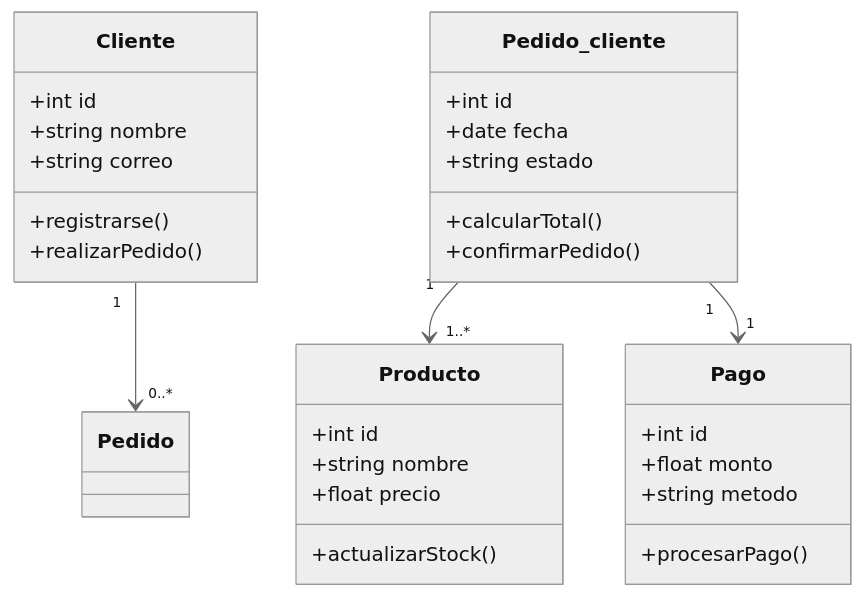
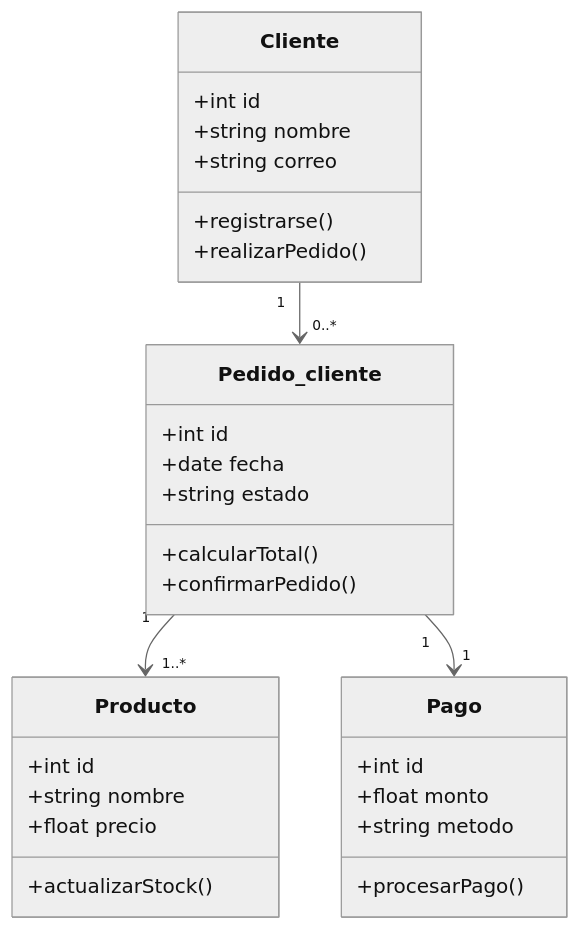
Before and after one commit to CrlsDuty/mermaid-demostracion: the diagram in README.md, drawn with Mermaid (neutral theme).

Commit message:
correccion de diagrama de clases pedido cliente

````diff
--- a/README.md
+++ b/README.md
@@ -3,36 +3,36 @@
 ```mermaid
 classDiagram
     class Cliente {
         +int id
         +string nombre
         +string correo
         +registrarse()
         +realizarPedido()
     }
 
     class Pedido_cliente {
         +int id
         +date fecha
         +string estado
         +calcularTotal()
         +confirmarPedido()
     }
 
     class Producto {
         +int id
         +string nombre
         +float precio
         +actualizarStock()
     }
 
     class Pago {
         +int id
         +float monto
         +string metodo
         +procesarPago()
     }
 
-    Cliente "1" --> "0..*" Pedido
+    Cliente "1" --> "0..*" Pedido_cliente
     Pedido_cliente "1" --> "1..*" Producto
     Pedido_cliente "1" --> "1" Pago
 ```
````
